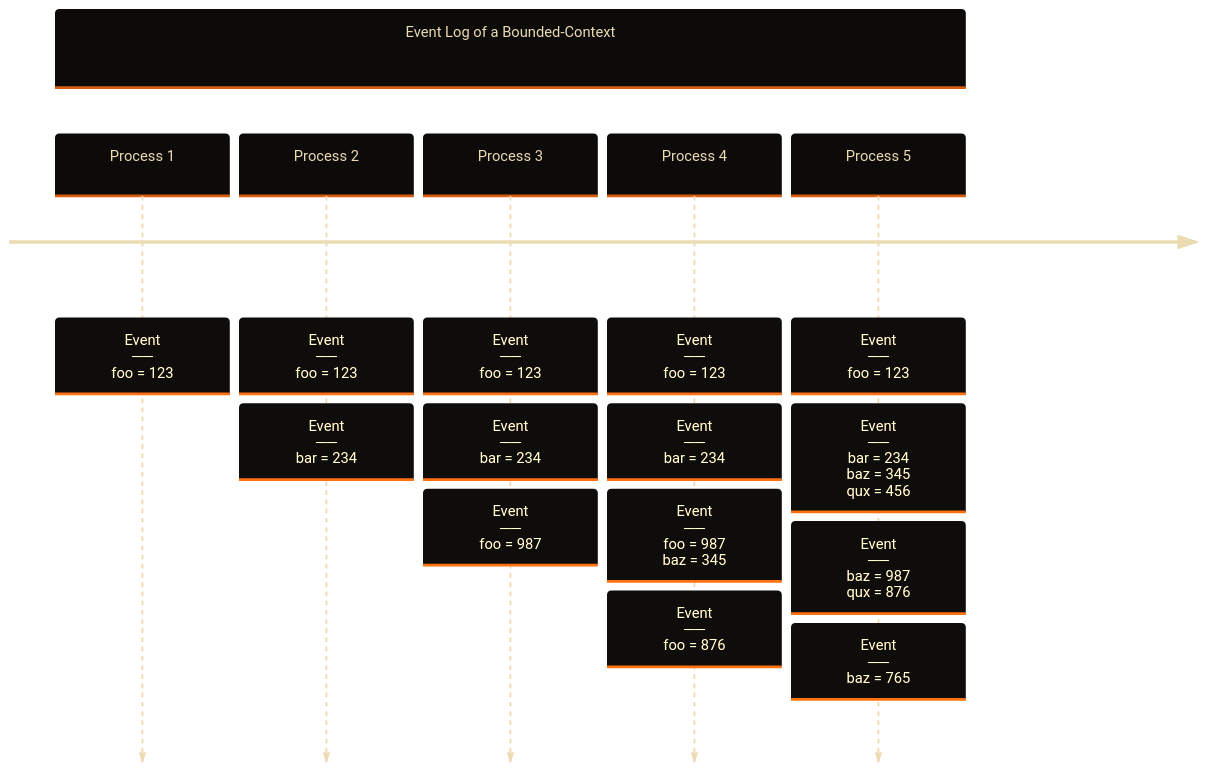
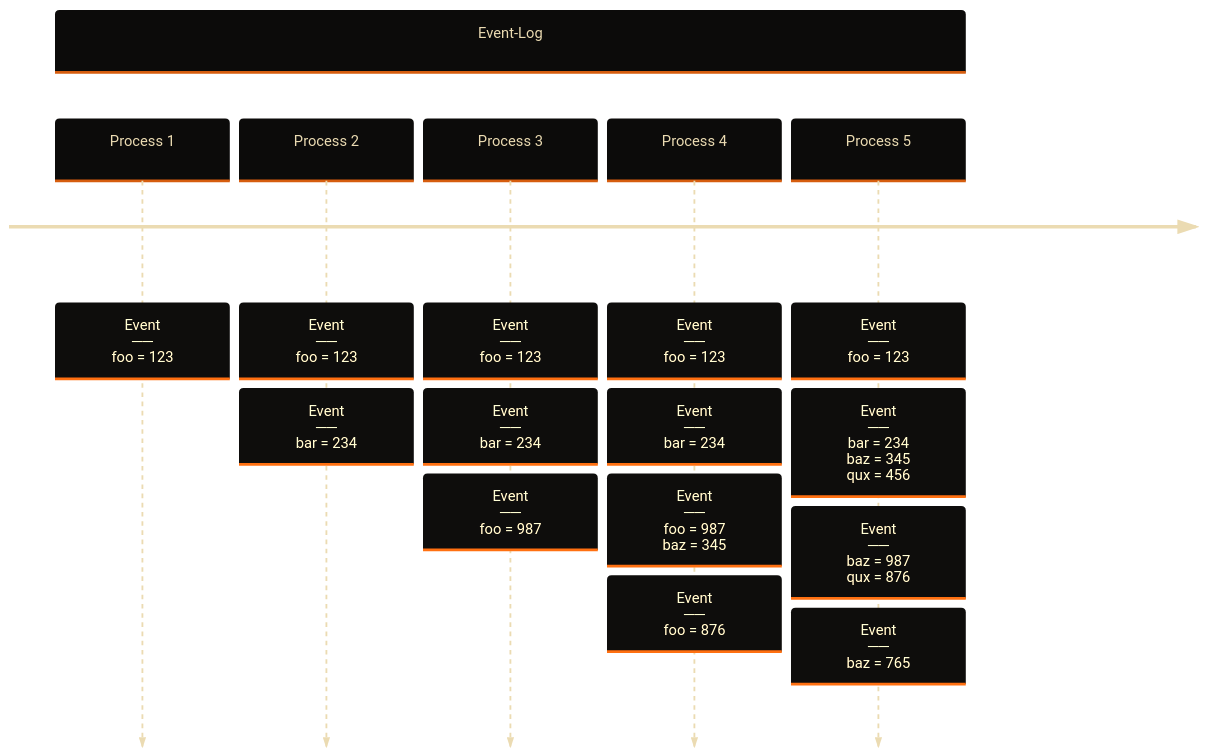
One commit to superhero/handbook changed the fifth of 12 diagrams in 2.core-architecture-principles.md. Above: the diagram before and after it, drawn with Mermaid. The commit also changed other lines of this file, not shown here.

````diff
--- a/2.core-architecture-principles.md
+++ b/2.core-architecture-principles.md
@@ -585,22 +585,22 @@
 ```mermaid
 ---
 
 config:
     layout: elk
     theme: base
     themeVariables:
         fontFamily: "monospace"
         primaryColor: "#504945"
         primaryTextColor: "#EBDBB2"
         cScaleInv0: '#D65D0E'
 
 ---
 
 timeline
-    section Event Log of a Bounded-Context
+    section Event-Log
         Process 1 : Event<br>──<br>foo = 123 
         Process 2 : Event<br>──<br>foo = 123 : Event<br>──<br>bar = 234 
         Process 3 : Event<br>──<br>foo = 123 : Event<br>──<br>bar = 234 : Event<br>──<br>foo = 987
         Process 4 : Event<br>──<br>foo = 123 : Event<br>──<br>bar = 234 : Event<br>──<br>foo = 987<br>baz = 345 : Event<br>──<br>foo = 876
         Process 5 : Event<br>──<br>foo = 123 : Event<br>──<br>bar = 234<br>baz = 345<br>qux = 456 : Event<br>──<br>baz = 987<br>qux = 876 : Event<br>──<br>baz = 765
 ```
````
